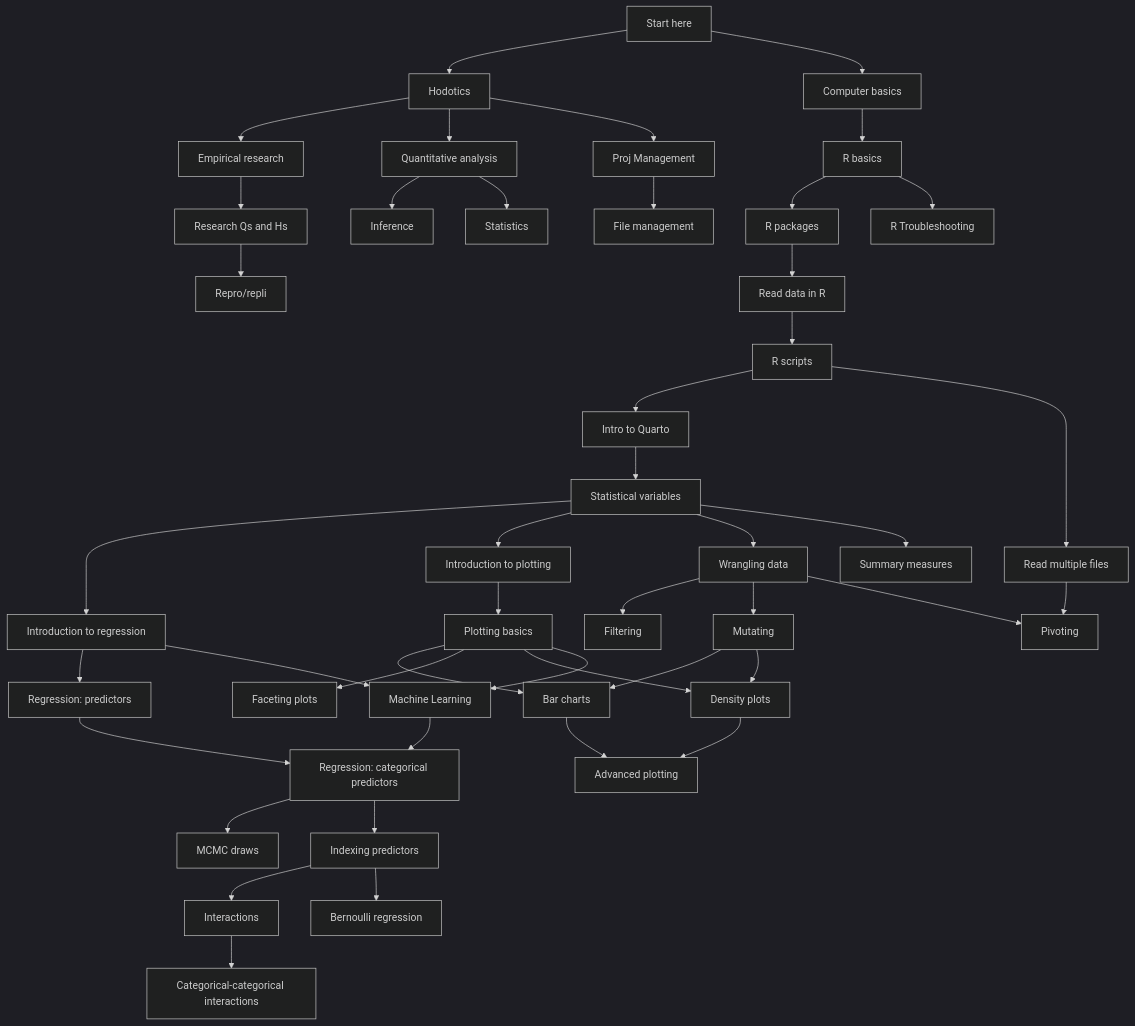
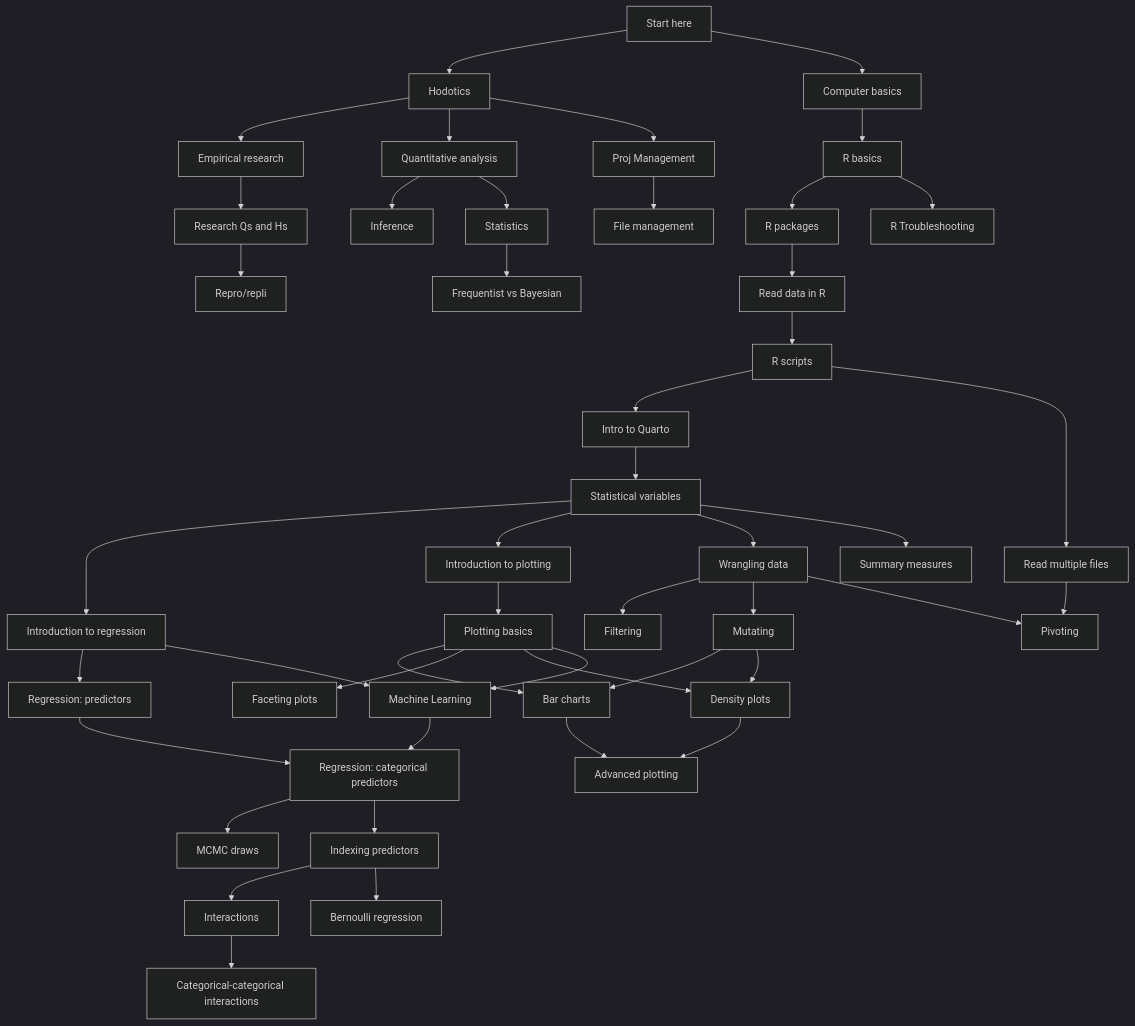
Before and after one commit to uoelel/qml: the diagram in map.qmd, drawn with Mermaid (dark theme). The commit also changed 8 other files, not shown here.

Commit message:
edit freq-bayes

```diff
--- a/map.qmd
+++ b/map.qmd
@@ -79,6 +79,9 @@
   AN[R packages]
   click AN href "posts/packages.html" "Go to page"
   
+  AO[Frequentist vs Bayesian]
+  click AO href "posts/freq-bayes.html" "Go to page"
+  
   R[Regression: predictors]
   click R href "posts/intro-regression-predictors.html" "Go to page"
   S[Regression: categorical predictors]
@@ -106,6 +109,7 @@
   
   D --> AN & G
   AN --> H
+  AH --> AO
   
   H --> AM
   AM --> F & I
```
